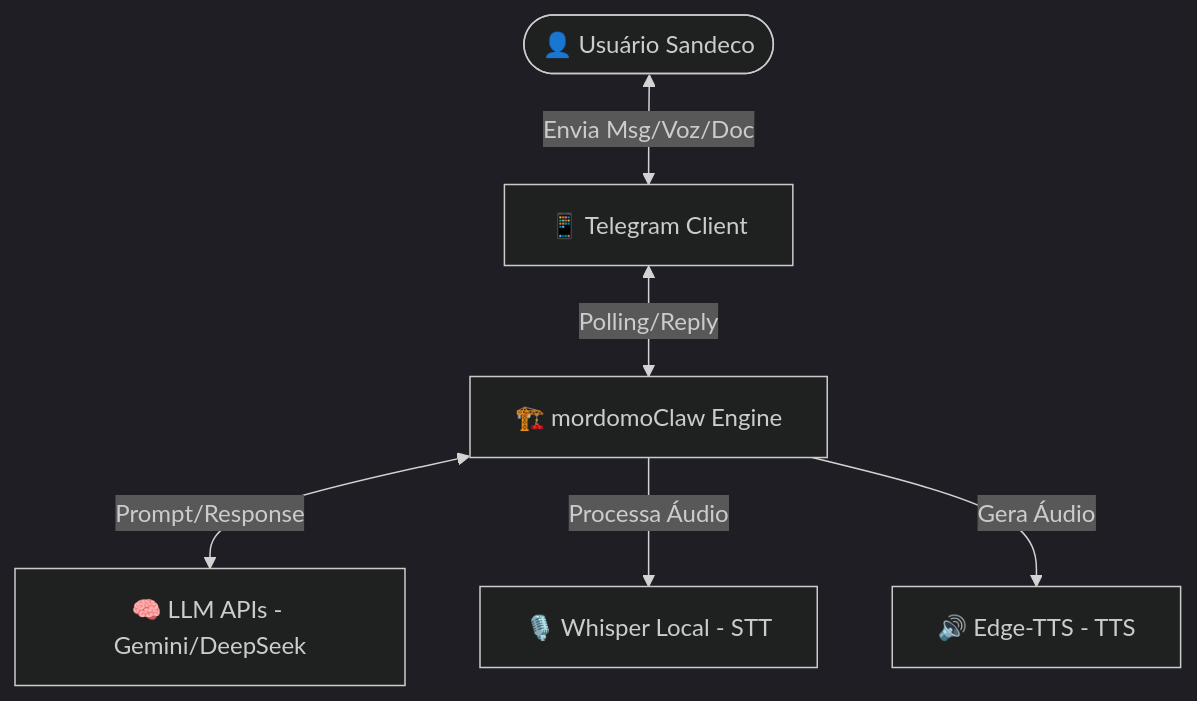
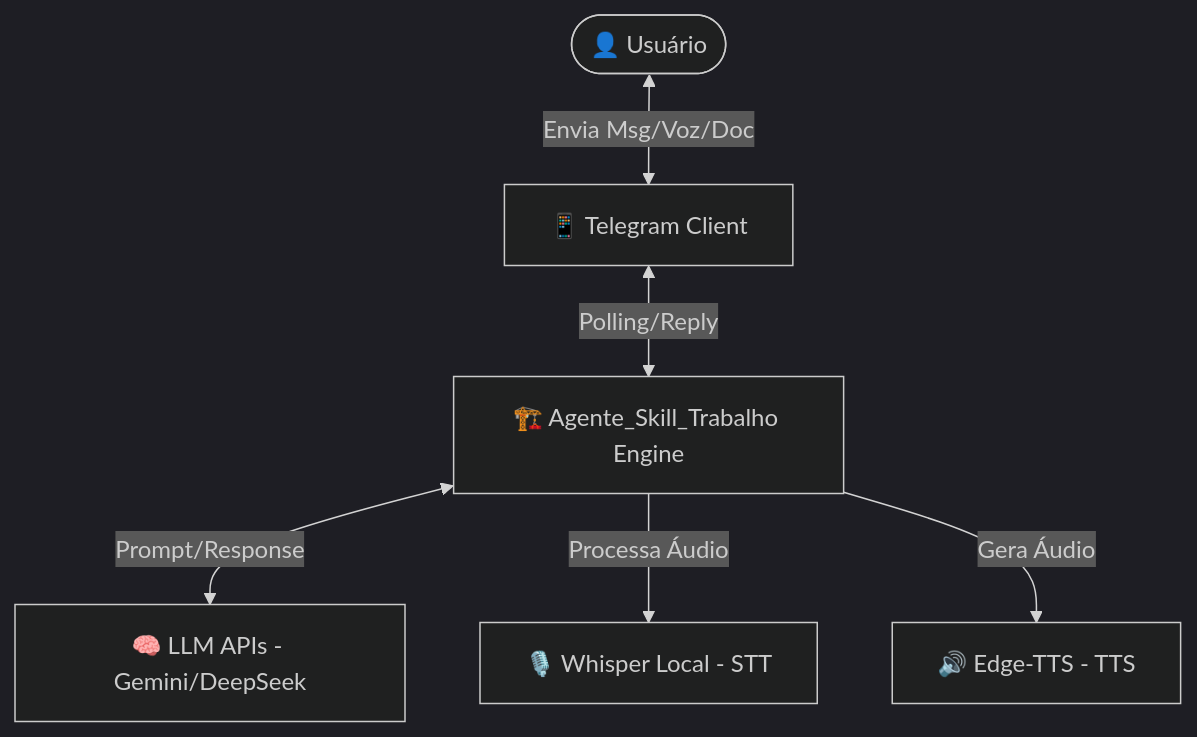
One commit to nex2u-iagen/agent_skill changed the first of 3 diagrams in specs/architecture.md. Above: the diagram before and after it, drawn with Mermaid (dark theme). The commit also changed other lines of this file and 38 other files, not shown here.

First line of the commit message:
refactor: Transform Agente_Skill_Trabalho into generic multi-skill agent

````diff
--- a/specs/architecture.md
+++ b/specs/architecture.md
@@ -46,15 +46,15 @@
 ```mermaid
 graph TB
-    User([👤 Usuário Sandeco])
+    User([👤 Usuário])
     Telegram[📱 Telegram Client]
-    System[🏗️ mordomoClaw Engine]
+    System[🏗️ Agente_Skill_Trabalho Engine]
     LLM[🧠 LLM APIs - Gemini/DeepSeek]
     Whisper[🎙️ Whisper Local - STT]
     EdgeTTS[🔊 Edge-TTS - TTS]
 
     User <-->|Envia Msg/Voz/Doc| Telegram
     Telegram <-->|Polling/Reply| System
     System <-->|Prompt/Response| LLM
     System -->|Processa Áudio| Whisper
     System -->|Gera Áudio| EdgeTTS
 ```
````
